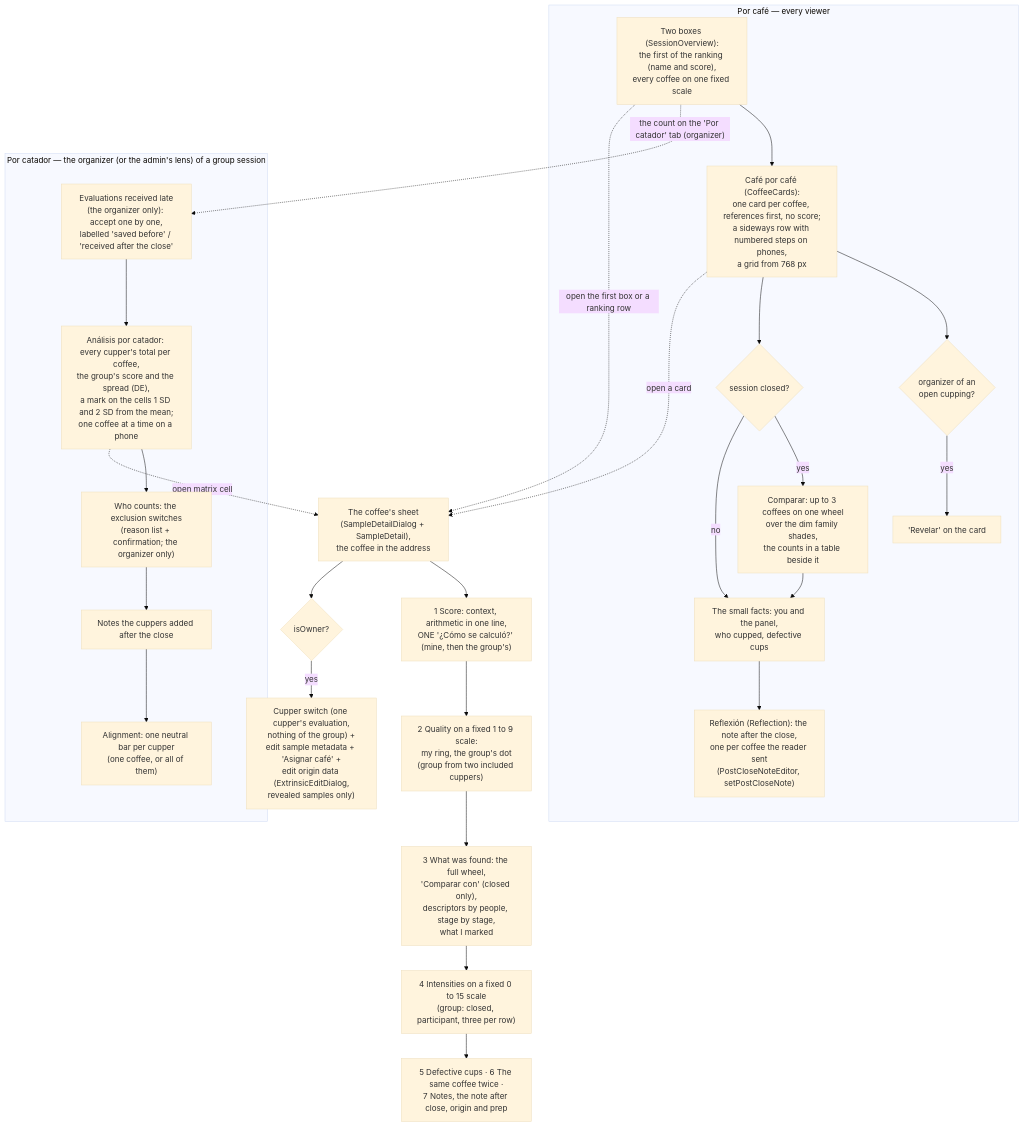
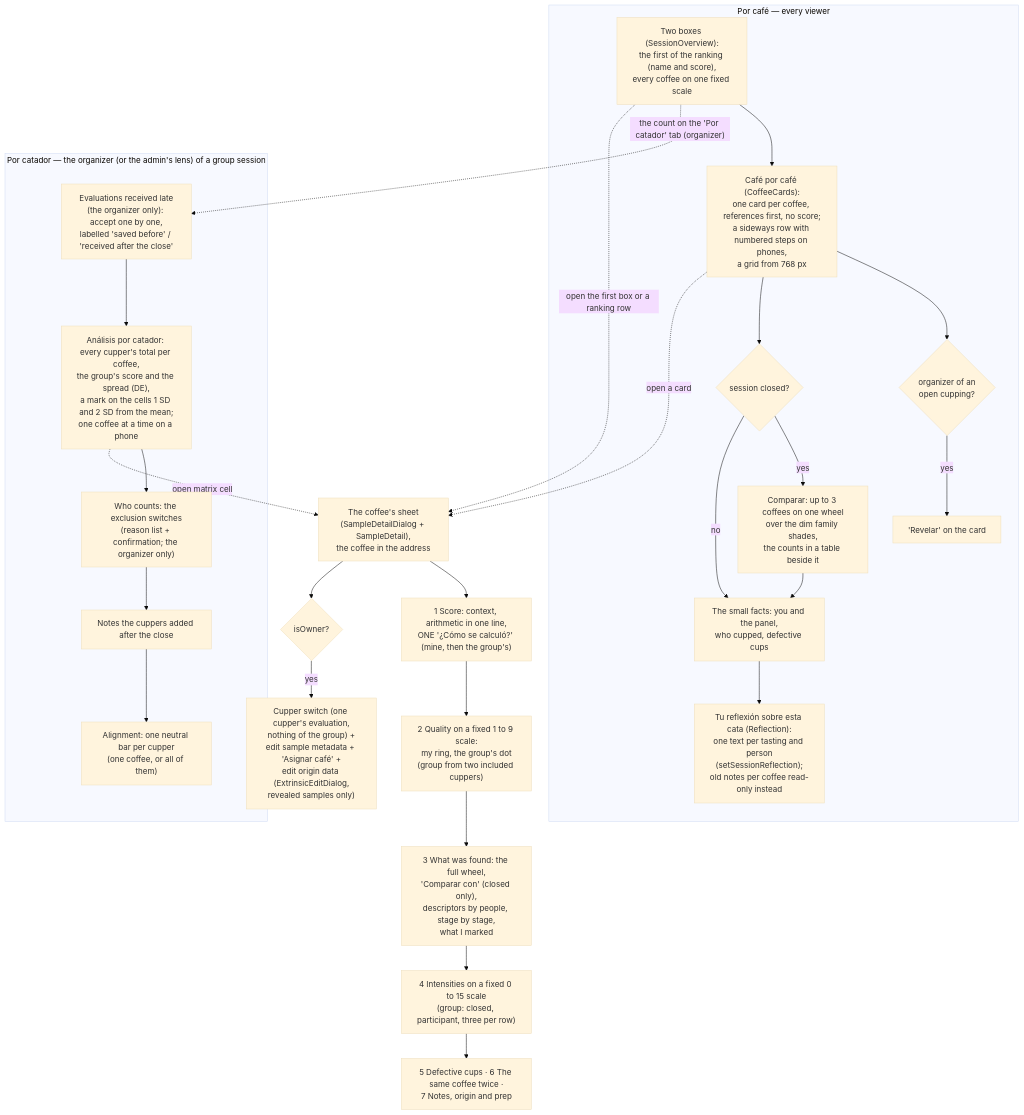
Diagram 16 of 22 in docs/flows.md (ricardovelezd27/cata-cafe), drawn with Mermaid (base theme) before and after one commit. The commit also changed other lines of this file and 44 other files, not shown here.

Commit message:
OR-D 2/2: one reflection per tasting and person (table, PHASE 30, action, editor, the organizer's one notes block); the notes per coffee become read-only

````diff
--- a/docs/flows.md
+++ b/docs/flows.md
@@ -1209,47 +1218,47 @@
 ```mermaid
 flowchart TD
     subgraph T1 ["Por café — every viewer"]
         R1["Two boxes (SessionOverview):\nthe first of the ranking (name and score),\nevery coffee on one fixed scale"]
         R2["Café por café (CoffeeCards):\none card per coffee, references first, no score;\na sideways row with numbered steps on phones,\na grid from 768 px"]
         R2o{"organizer of an\nopen cupping?"}
         R2r["'Revelar' on the card"]
         R4{"session closed?"}
         R1b["Comparar: up to 3 coffees on one wheel\nover the dim family shades,\nthe counts in a table beside it"]
         R3f["The small facts: you and the panel,\nwho cupped, defective cups"]
-        R4r["Reflexión (Reflection): the note after the close,\none per coffee the reader sent\n(PostCloseNoteEditor, setPostCloseNote)"]
+        R4r["Tu reflexión sobre esta cata (Reflection):\none text per tasting and person\n(setSessionReflection);\nold notes per coffee read-only instead"]
         R1 --> R2
         R2 --> R2o
         R2o -- yes --> R2r
         R2 --> R4
         R4 -- yes --> R1b
         R1b --> R3f
         R4 -- no --> R3f
         R3f --> R4r
     end
 
     subgraph T2 ["Por catador — the organizer (or the admin's lens) of a group session"]
         S2["Evaluations received late\n(the organizer only): accept one by one,\nlabelled 'saved before' / 'received after the close'"]
         S3["Análisis por catador: every cupper's total per coffee,\nthe group's score and the spread (DE),\na mark on the cells 1 SD and 2 SD from the mean;\none coffee at a time on a phone"]
         S3b["Who counts: the exclusion switches\n(reason list + confirmation; the organizer only)"]
         S4["Notes the cuppers added after the close"]
         S5["Alignment: one neutral bar per cupper\n(one coffee, or all of them)"]
         S2 --> S3
         S3 --> S3b
         S3b --> S4
         S4 --> S5
     end
 
     R1 -.->|"the count on the 'Por catador' tab (organizer)"| S2
     R1 -.->|open the first box or a ranking row| DET
     R2 -.->|open a card| DET
     S3 -.->|open matrix cell| DET
 
     DET["The coffee's sheet\n(SampleDetailDialog + SampleDetail),\nthe coffee in the address"]
     DET --> SH1["1 Score: context, arithmetic in one line,\nONE '¿Cómo se calculó?' (mine, then the group's)"]
     SH1 --> SH2["2 Quality on a fixed 1 to 9 scale:\nmy ring, the group's dot\n(group from two included cuppers)"]
     SH2 --> SH3["3 What was found: the full wheel,\n'Comparar con' (closed only),\ndescriptors by people, stage by stage,\nwhat I marked"]
     SH3 --> SH4["4 Intensities on a fixed 0 to 15 scale\n(group: closed, participant, three per row)"]
-    SH4 --> SH5["5 Defective cups · 6 The same coffee twice ·\n7 Notes, the note after close, origin and prep"]
+    SH4 --> SH5["5 Defective cups · 6 The same coffee twice ·\n7 Notes, origin and prep"]
     DET --> DETOWNER{"isOwner?"}
     DETOWNER -- yes --> DETX["Cupper switch (one cupper's evaluation,\nnothing of the group) +\nedit sample metadata + 'Asignar café' +\nedit origin data (ExtrinsicEditDialog,\nrevealed samples only)"]
 ```
````
